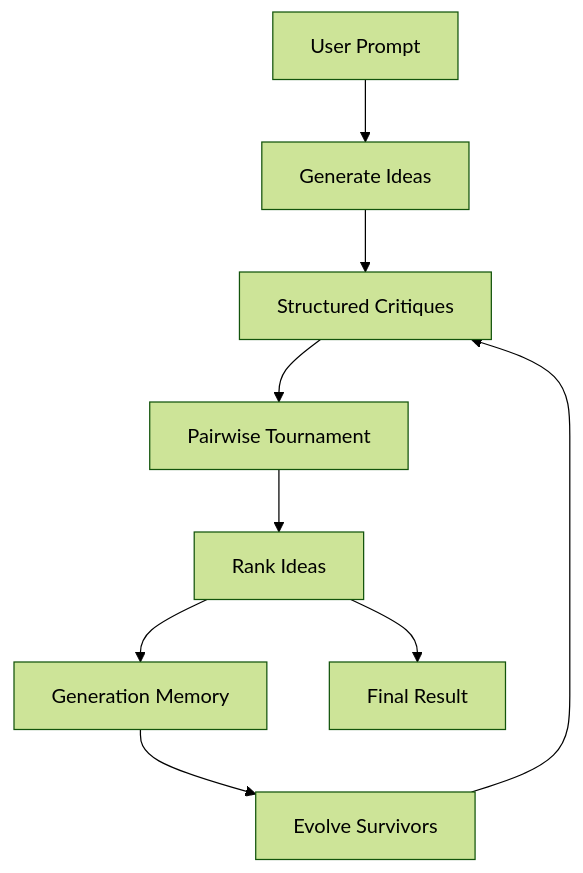
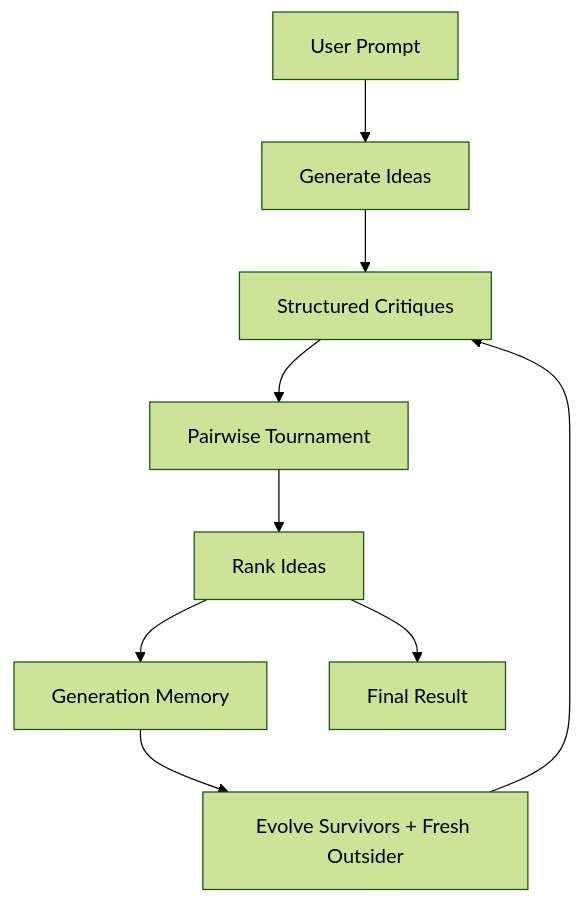
Before and after one commit to launchAxis/Synapse: the diagram in README.md, drawn with Mermaid (forest theme). The commit also changed other lines of this file and 27 other files, not shown here.

````diff
--- a/README.md
+++ b/README.md
@@ -27,20 +31,20 @@
 ```mermaid
 flowchart TD
     A[User Prompt]
     B[Generate Ideas]
     C[Structured Critiques]
     D[Pairwise Tournament]
     E[Rank Ideas]
     F[Generation Memory]
-    G[Evolve Survivors]
+    G[Evolve Survivors + Fresh Outsider]
     H[Final Result]
 
     A --> B
     B --> C
     C --> D
     D --> E
     E --> F
     F --> G
     G --> C
     E --> H
 ```
````
